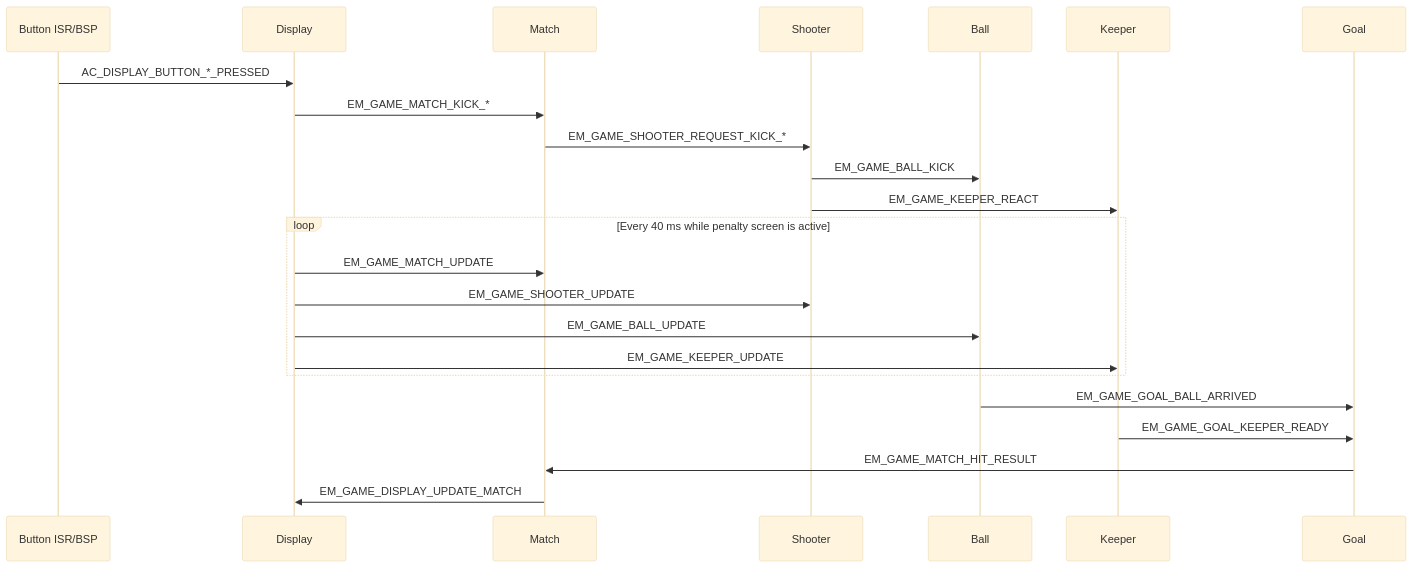
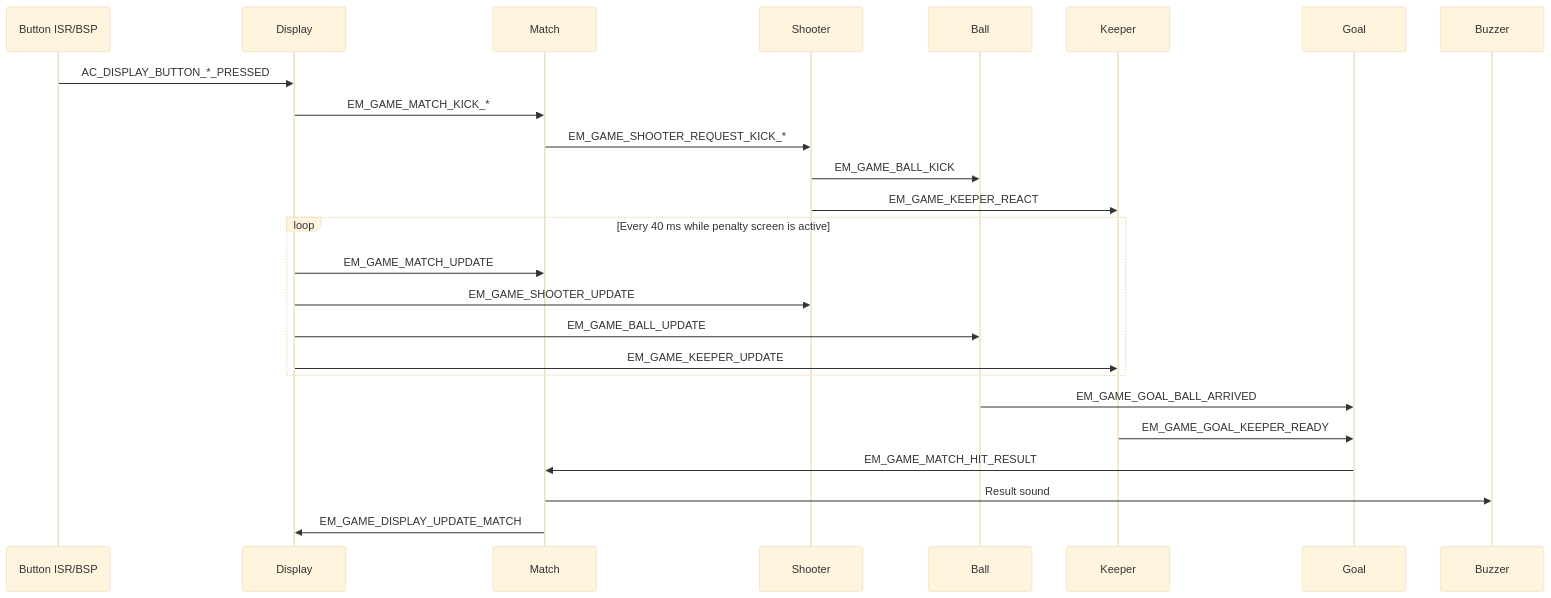
Before and after one commit to caotrongphuoc/11m-game: the third of 5 diagrams in docs/04-design-sequence-runtime.md, drawn with Mermaid (base theme). The commit also changed other lines of this file and 1 other file, not shown here.

Commit message:
[DOC] complete em_game runtime and object sequences

````diff
--- a/docs/04-design-sequence-runtime.md
+++ b/docs/04-design-sequence-runtime.md
@@ -30,28 +51,30 @@
 ```mermaid
 sequenceDiagram
     participant Button as Button ISR/BSP
     participant Display
     participant Match
     participant Shooter
     participant Ball
     participant Keeper
     participant Goal
+    participant Buzzer
 
     Button->>Display: AC_DISPLAY_BUTTON_*_PRESSED
     Display->>Match: EM_GAME_MATCH_KICK_*
     Match->>Shooter: EM_GAME_SHOOTER_REQUEST_KICK_*
     Shooter->>Ball: EM_GAME_BALL_KICK
     Shooter->>Keeper: EM_GAME_KEEPER_REACT
 
     loop Every 40 ms while penalty screen is active
         Display->>Match: EM_GAME_MATCH_UPDATE
         Display->>Shooter: EM_GAME_SHOOTER_UPDATE
         Display->>Ball: EM_GAME_BALL_UPDATE
         Display->>Keeper: EM_GAME_KEEPER_UPDATE
     end
 
     Ball->>Goal: EM_GAME_GOAL_BALL_ARRIVED
     Keeper->>Goal: EM_GAME_GOAL_KEEPER_READY
     Goal->>Match: EM_GAME_MATCH_HIT_RESULT
+    Match->>Buzzer: Result sound
     Match->>Display: EM_GAME_DISPLAY_UPDATE_MATCH
 ```
````
